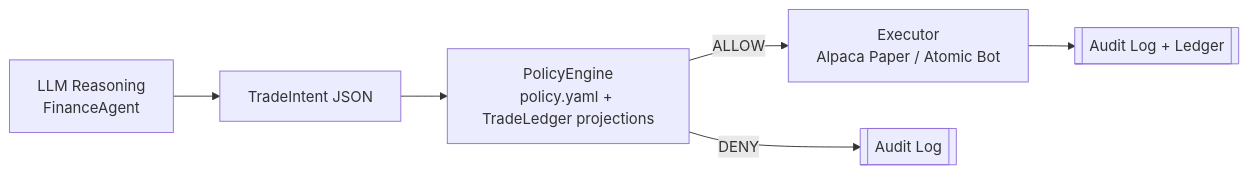
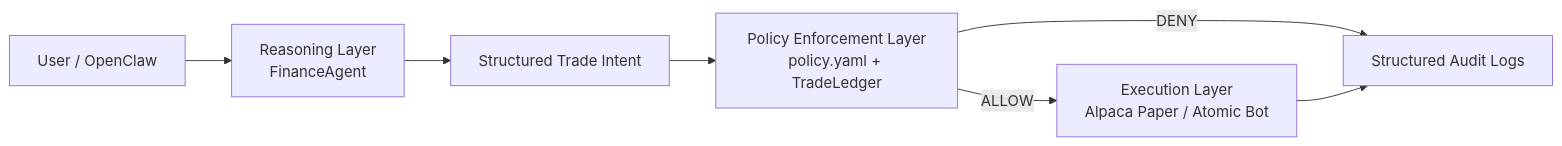
The diagram in README.md (abinavmugundhan/codeopenclaw), drawn with Mermaid before and after one commit. The commit also changed other lines of this file and 24 other files, not shown here.

Commit message:
Polish TrainAgent dashboard and OpenClaw setup

````diff
--- a/README.md
+++ b/README.md
@@ -5,8 +5,9 @@
 ```mermaid
 flowchart LR
-  A[LLM Reasoning<br/>FinanceAgent] --> B[TradeIntent JSON]
-  B --> C[PolicyEngine<br/>policy.yaml + TradeLedger projections]
-  C -->|ALLOW| D[Executor<br/>Alpaca Paper / Atomic Bot]
-  C -->|DENY| E[[Audit Log]]
-  D --> F[[Audit Log + Ledger]]
+  A["User / OpenClaw"] --> B["Reasoning Layer<br/>FinanceAgent"]
+  B --> C["Structured Trade Intent"]
+  C --> D["Policy Enforcement Layer<br/>policy.yaml + TradeLedger"]
+  D -->|"ALLOW"| E["Execution Layer<br/>Alpaca Paper / Atomic Bot"]
+  D -->|"DENY"| F["Structured Audit Logs"]
+  E --> F
 ```
````
